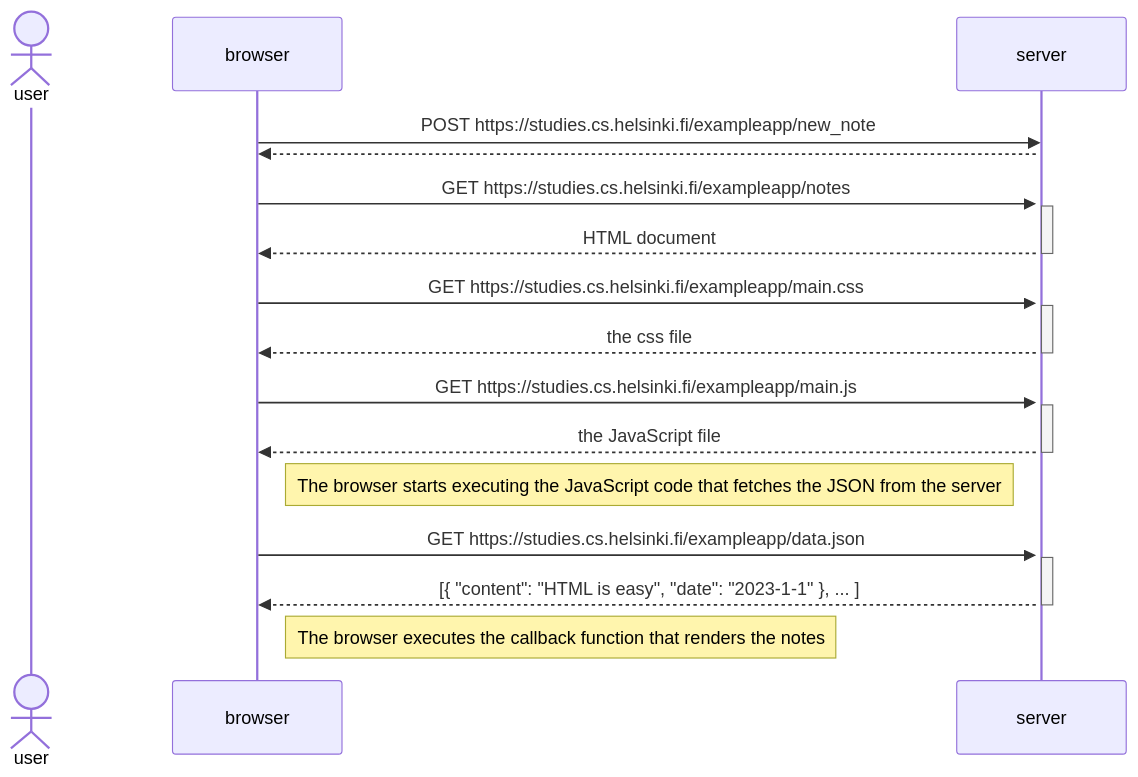
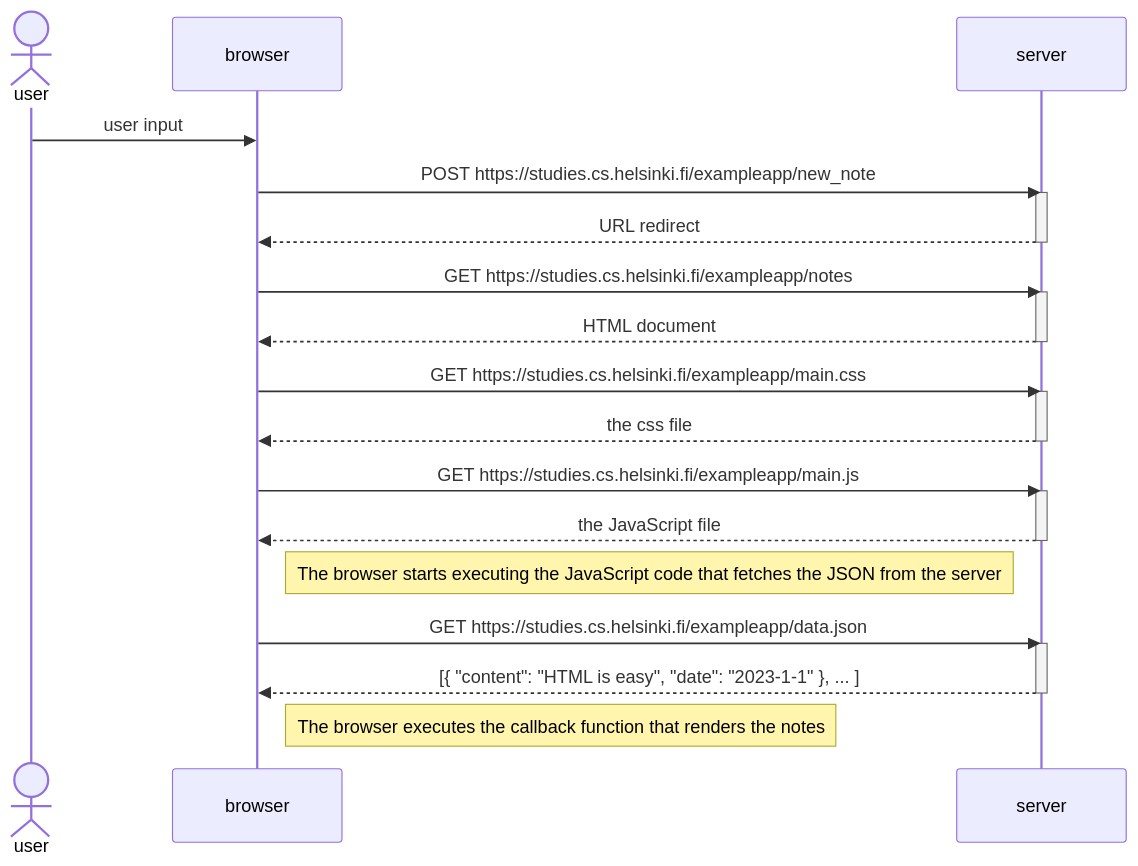
One commit to YuriiLevchuk/uoh-fs-course changed the diagram in m0/ex4.mmd. Above: the diagram before and after it, drawn with Mermaid.

```diff
--- a/m0/ex4.mmd
+++ b/m0/ex4.mmd
@@ -1,32 +1,35 @@
 sequenceDiagram
     actor user
     participant browser
     participant server
 
+    user ->>browser:user input
+
     browser->>server: POST https://studies.cs.helsinki.fi/exampleapp/new_note
     activate server
-    server -->>browser: 
+    server -->>browser: URL redirect
+    deactivate server
 
     browser->>server: GET https://studies.cs.helsinki.fi/exampleapp/notes
     activate server
     server-->>browser: HTML document
     deactivate server
 
     browser->>server: GET https://studies.cs.helsinki.fi/exampleapp/main.css
     activate server
     server-->>browser: the css file
     deactivate server
 
     browser->>server: GET https://studies.cs.helsinki.fi/exampleapp/main.js
     activate server
     server-->>browser: the JavaScript file
     deactivate server
 
     Note right of browser: The browser starts executing the JavaScript code that fetches the JSON from the server
 
     browser->>server: GET https://studies.cs.helsinki.fi/exampleapp/data.json
     activate server
     server-->>browser: [{ "content": "HTML is easy", "date": "2023-1-1" }, ... ]
     deactivate server
 
     Note right of browser: The browser executes the callback function that renders the notes
```
